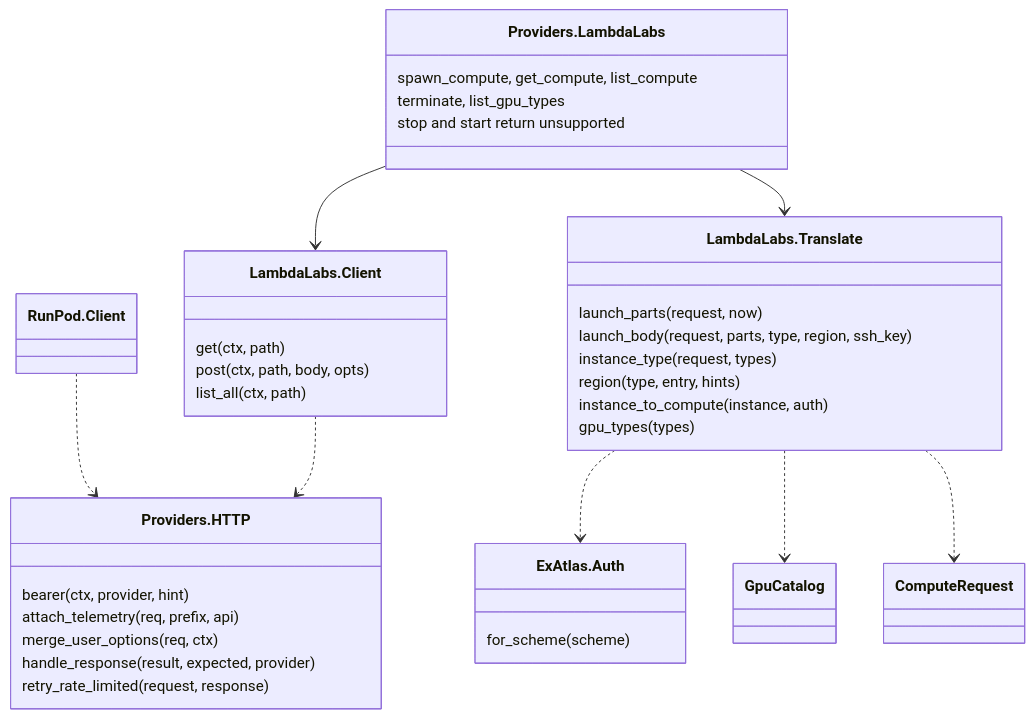
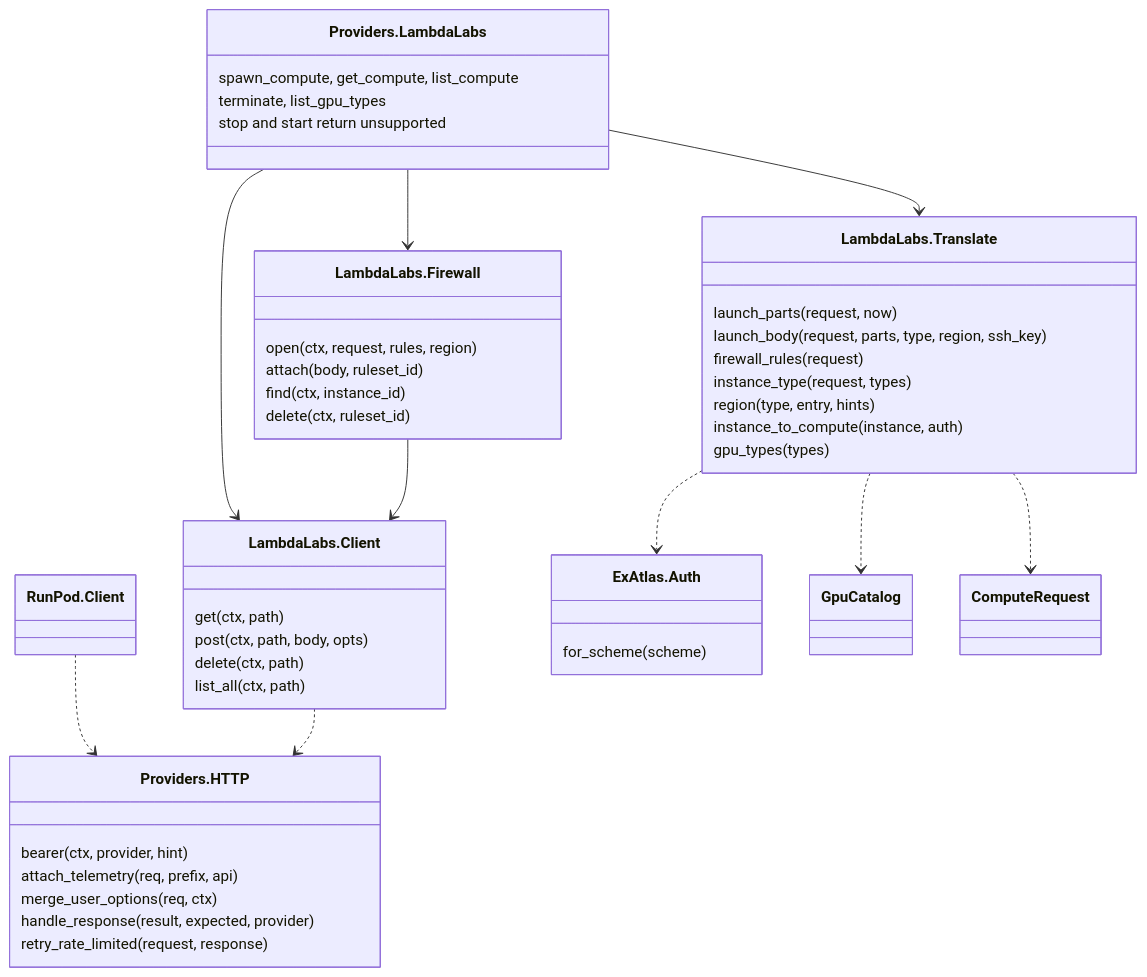
One commit to udin-io/ex_atlas changed the fourth of 4 diagrams in docs/architecture.md. Above: the diagram before and after it, drawn with Mermaid. The commit also changed other lines of this file and 15 other files, not shown here.

First line of the commit message:
Lambda Labs: a firewall ruleset per instance opens its ports (slice 3) (#91)

````diff
--- a/docs/architecture.md
+++ b/docs/architecture.md
@@ -170,39 +185,49 @@
 ```mermaid
 classDiagram
   class HTTP["Providers.HTTP"] {
     bearer(ctx, provider, hint)
     attach_telemetry(req, prefix, api)
     merge_user_options(req, ctx)
     handle_response(result, expected, provider)
     retry_rate_limited(request, response)
   }
   class RunPodClient["RunPod.Client"]
   class LambdaLabs["Providers.LambdaLabs"] {
     spawn_compute, get_compute, list_compute
     terminate, list_gpu_types
     stop and start return unsupported
   }
   class LambdaClient["LambdaLabs.Client"] {
     get(ctx, path)
     post(ctx, path, body, opts)
+    delete(ctx, path)
     list_all(ctx, path)
+  }
+  class LambdaFirewall["LambdaLabs.Firewall"] {
+    open(ctx, request, rules, region)
+    attach(body, ruleset_id)
+    find(ctx, instance_id)
+    delete(ctx, ruleset_id)
   }
   class LambdaTranslate["LambdaLabs.Translate"] {
     launch_parts(request, now)
     launch_body(request, parts, type, region, ssh_key)
+    firewall_rules(request)
     instance_type(request, types)
     region(type, entry, hints)
     instance_to_compute(instance, auth)
     gpu_types(types)
   }
   class Auth["ExAtlas.Auth"] {
     for_scheme(scheme)
   }
   RunPodClient ..> HTTP
   LambdaClient ..> HTTP
   LambdaLabs --> LambdaClient
   LambdaLabs --> LambdaTranslate
+  LambdaLabs --> LambdaFirewall
+  LambdaFirewall --> LambdaClient
   LambdaTranslate ..> Auth
   LambdaTranslate ..> GpuCatalog
   LambdaTranslate ..> ComputeRequest
 ```
````
